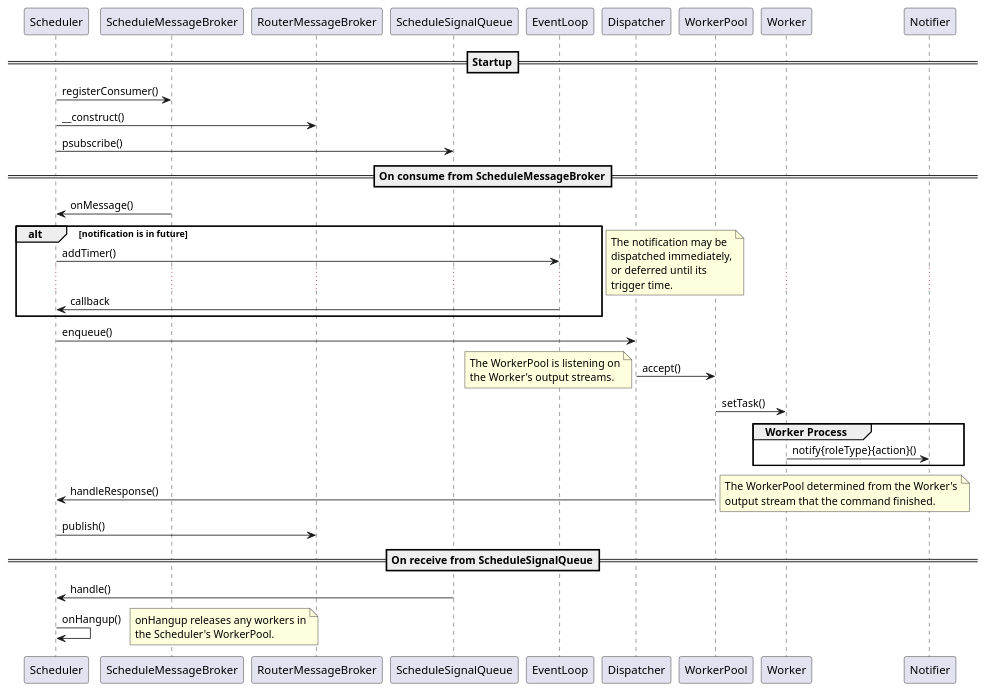
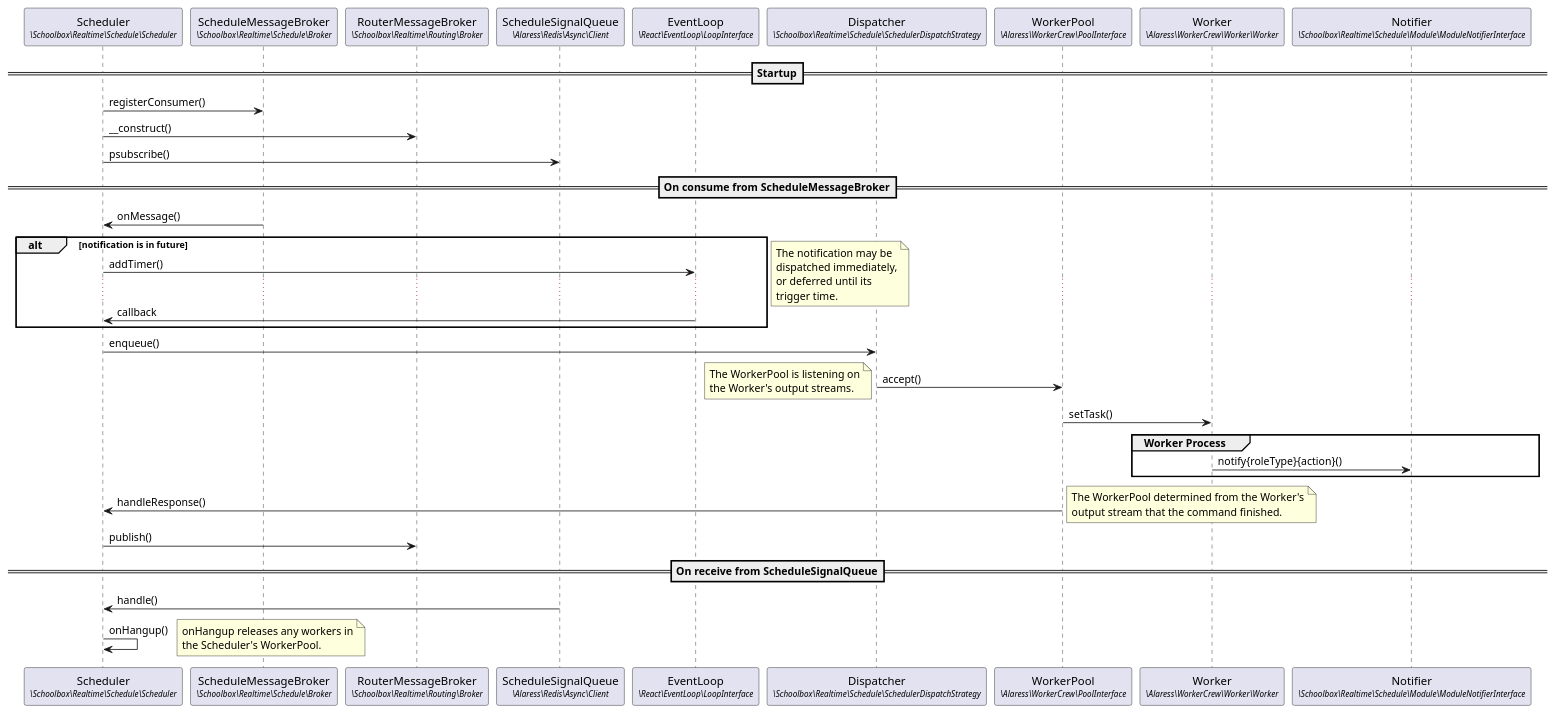
The diagram in docs/notifications/scheduling.plantuml (juliaattrevisan/schoolbox-api-docs), drawn with PlantUML before and after one commit.

Commit message:
Add classes for participants [SA-6488]

```diff
--- a/docs/notifications/scheduling.plantuml
+++ b/docs/notifications/scheduling.plantuml
@@ -1,60 +1,70 @@
 @startuml
+
+participant "Scheduler\n<size:10>//\Schoolbox\Realtime\Schedule\Scheduler//</size>" as Scheduler
+participant "ScheduleMessageBroker\n<size:10>//\Schoolbox\Realtime\Schedule\Broker//</size>" as ScheduleMessageBroker
+participant "RouterMessageBroker\n<size:10>//\Schoolbox\Realtime\Routing\Broker//</size>" as RouterMessageBroker
+participant "ScheduleSignalQueue\n<size:10>//\Alaress\Redis\Async\Client//</size>" as ScheduleSignalQueue
+participant "EventLoop\n<size:10>//\React\EventLoop\LoopInterface//</size>" as EventLoop
+participant "Dispatcher\n<size:10>//\Schoolbox\Realtime\Schedule\SchedulerDispatchStrategy//</size>" as Dispatcher
+participant "WorkerPool\n<size:10>//\Alaress\WorkerCrew\PoolInterface//</size>" as WorkerPool
+participant "Worker\n<size:10>//\Alaress\WorkerCrew\Worker\Worker//</size>" as Worker
+participant "Notifier\n<size:10>//\Schoolbox\Realtime\Schedule\Module\ModuleNotifierInterface//</size>" as Notifier
 
 ==Startup==
 
 Scheduler -> ScheduleMessageBroker : registerConsumer()
 Scheduler -> RouterMessageBroker : __construct()
 Scheduler -> ScheduleSignalQueue : psubscribe()
 
 ==On consume from ScheduleMessageBroker==
 
 ' Workflow on receive msg from msg broker
 Scheduler <- ScheduleMessageBroker : onMessage()
 'Scheduler -> Scheduler : scheduleNotification()
 'Scheduler -> Scheduler : schedule()
 
 alt notification is in future
 Scheduler -> EventLoop : addTimer()
 ...
 Scheduler <- EventLoop : callback
 end
 note right
     The notification may be
     dispatched immediately,
     or deferred until its
     trigger time.
 end note
 
 'Scheduler -> Scheduler : dispatchTrigger()
 Scheduler -> Dispatcher : enqueue()
 'Dispatcher -> Dispatcher : dispatch()
 Dispatcher -> WorkerPool : accept()
 'WorkerPool -> WorkerPool : attachWorker()
 note left
     The WorkerPool is listening on
     the Worker's output streams.
 end note
 WorkerPool -> Worker : setTask()
 
 group Worker Process
 Worker -> Notifier : notify{roleType}{action}()
 end group
 
 Scheduler <- WorkerPool : handleResponse()
 note right
     The WorkerPool determined from the Worker's
     output stream that the command finished.
 end note
 
 Scheduler -> RouterMessageBroker : publish()
 
 ==On receive from ScheduleSignalQueue==
 
 Scheduler <- ScheduleSignalQueue : handle()
 Scheduler -> Scheduler : onHangup()
 note right
     onHangup releases any workers in
     the Scheduler's WorkerPool.
 end note
 
 @enduml
```
